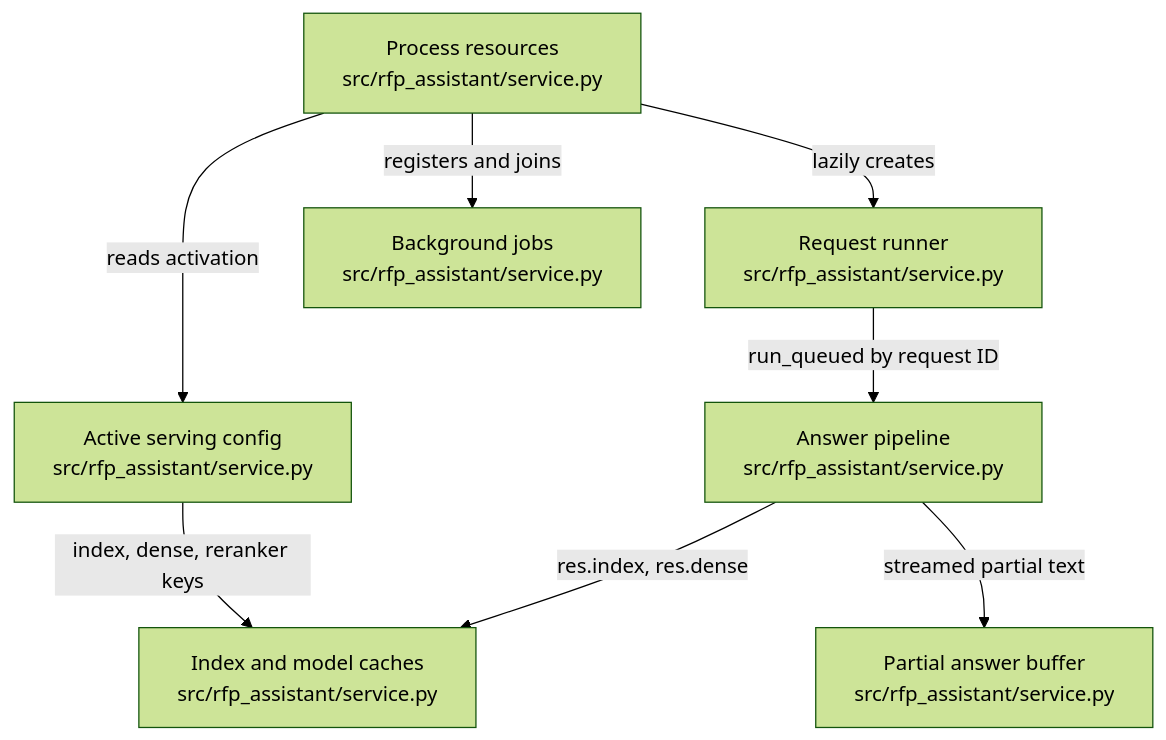
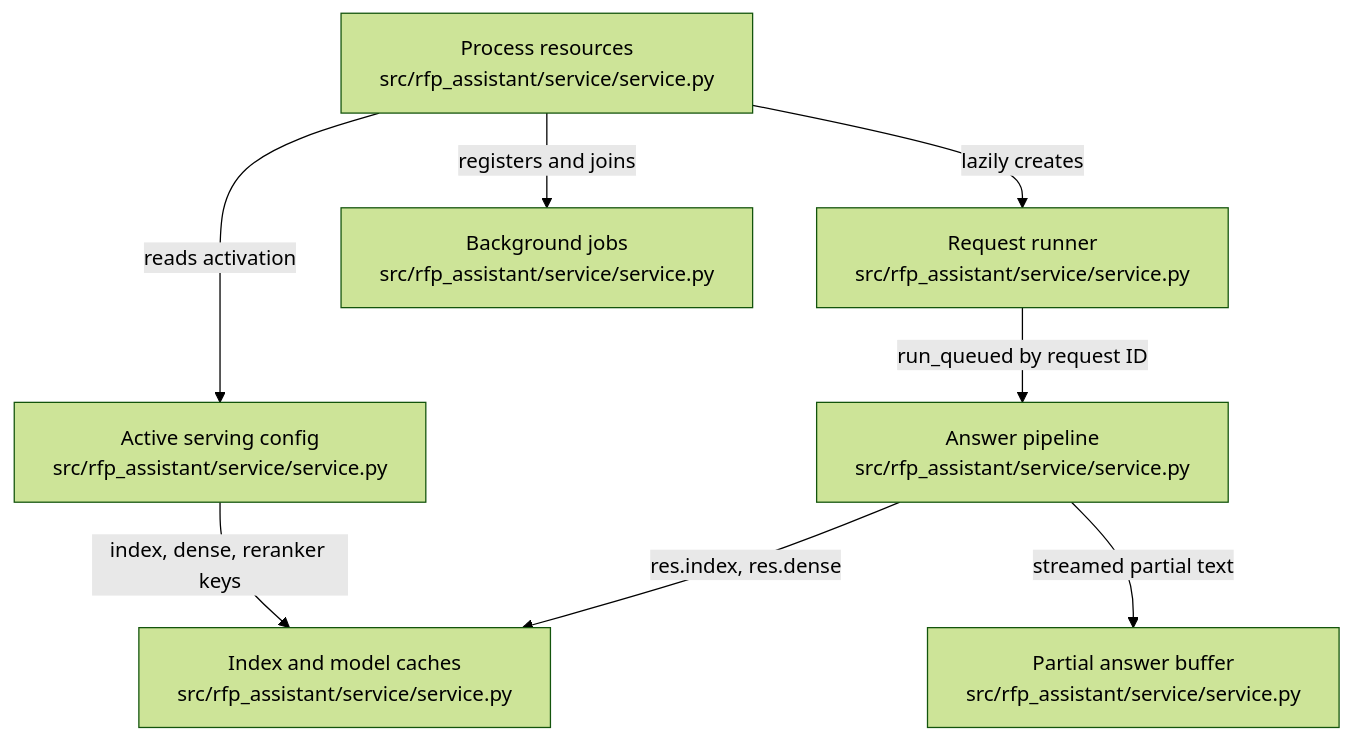
The diagram in .omm/overall-architecture/service-core/diagram.mmd (littleeeeebit/project-codeit-mid), drawn with Mermaid (forest theme) before and after one commit. The commit also changed 13 other files, not shown here.

Commit message:
Name the layer package paths in docs and diagrams

```diff
--- a/.omm/overall-architecture/service-core/diagram.mmd
+++ b/.omm/overall-architecture/service-core/diagram.mmd
@@ -1,8 +1,8 @@
 graph TD
-  resources["Process resources\nsrc/rfp_assistant/service.py"] -->|"lazily creates"| request-runner["Request runner\nsrc/rfp_assistant/service.py"]
-  resources -->|"reads activation"| active-serving["Active serving config\nsrc/rfp_assistant/service.py"]
-  active-serving -->|"index, dense, reranker keys"| model-caches["Index and model caches\nsrc/rfp_assistant/service.py"]
-  request-runner -->|"run_queued by request ID"| answer-pipeline["Answer pipeline\nsrc/rfp_assistant/service.py"]
+  resources["Process resources\nsrc/rfp_assistant/service/service.py"] -->|"lazily creates"| request-runner["Request runner\nsrc/rfp_assistant/service/service.py"]
+  resources -->|"reads activation"| active-serving["Active serving config\nsrc/rfp_assistant/service/service.py"]
+  active-serving -->|"index, dense, reranker keys"| model-caches["Index and model caches\nsrc/rfp_assistant/service/service.py"]
+  request-runner -->|"run_queued by request ID"| answer-pipeline["Answer pipeline\nsrc/rfp_assistant/service/service.py"]
   answer-pipeline -->|"res.index, res.dense"| model-caches
-  answer-pipeline -->|"streamed partial text"| partials-buffer["Partial answer buffer\nsrc/rfp_assistant/service.py"]
-  resources -->|"registers and joins"| background-jobs["Background jobs\nsrc/rfp_assistant/service.py"]
+  answer-pipeline -->|"streamed partial text"| partials-buffer["Partial answer buffer\nsrc/rfp_assistant/service/service.py"]
+  resources -->|"registers and joins"| background-jobs["Background jobs\nsrc/rfp_assistant/service/service.py"]
```
